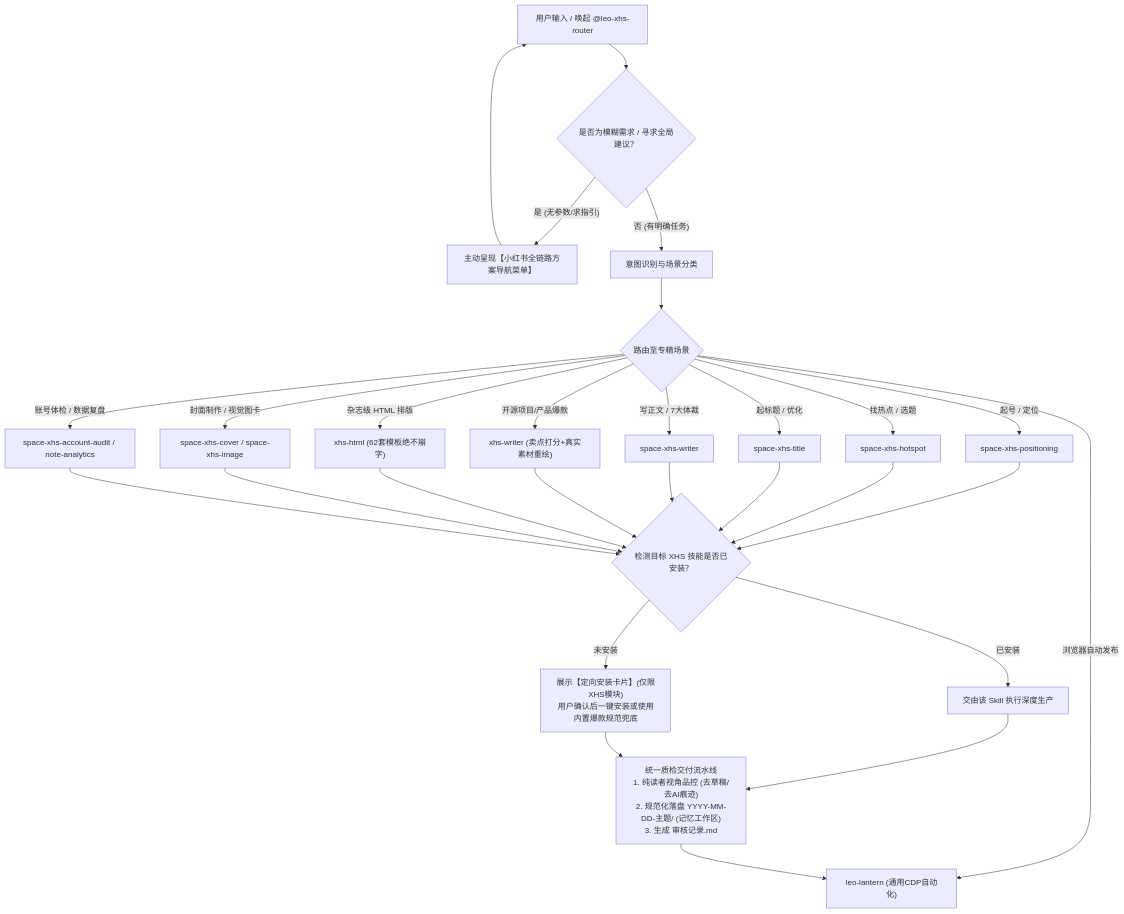
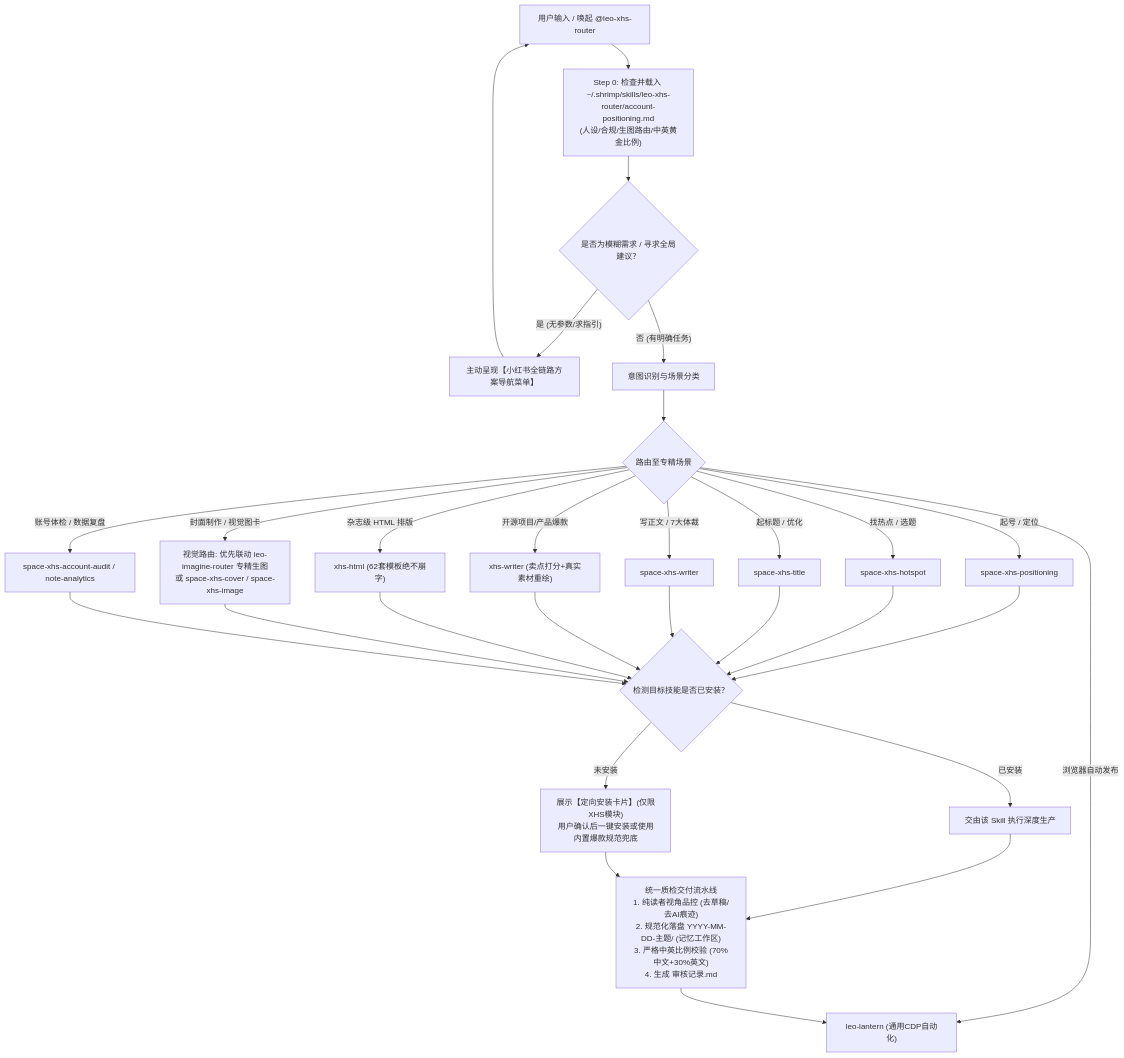
One commit to zlpawn/shrimp changed the diagram in lib/skills/leo-xhs-router/SKILL.md. Above: the diagram before and after it, drawn with Mermaid. The commit also changed other lines of this file, not shown here.

Commit message:
feat(leo-xhs-router): enforce Step 0 mandatory loading of account-positioning assets

````diff
--- a/lib/skills/leo-xhs-router/SKILL.md
+++ b/lib/skills/leo-xhs-router/SKILL.md
@@ -38,27 +49,28 @@
 ```mermaid
 flowchart TD
-    User["用户输入 / 唤起 @leo-xhs-router"] --> Detect{"是否为模糊需求 / 寻求全局建议？"}
+    User["用户输入 / 唤起 @leo-xhs-router"] --> Step0["Step 0: 检查并载入 ~/.shrimp/skills/leo-xhs-router/account-positioning.md<br>(人设/合规/生图路由/中英黄金比例)"]
+    Step0 --> Detect{"是否为模糊需求 / 寻求全局建议？"}
     
     Detect -- "是 (无参数/求指引)" --> Nav["主动呈现【小红书全链路方案导航菜单】"]
     Nav --> User
     
     Detect -- "否 (有明确任务)" --> Classify["意图识别与场景分类"]
     
     Classify --> Route{"路由至专精场景"}
     Route -- "起号 / 定位" --> S1["space-xhs-positioning"]
     Route -- "找热点 / 选题" --> S2["space-xhs-hotspot"]
     Route -- "起标题 / 优化" --> S3["space-xhs-title"]
     Route -- "写正文 / 7大体裁" --> S4["space-xhs-writer"]
     Route -- "开源项目/产品爆款" --> S5["xhs-writer (卖点打分+真实素材重绘)"]
     Route -- "杂志级 HTML 排版" --> S6["xhs-html (62套模板绝不崩字)"]
-    Route -- "封面制作 / 视觉图卡" --> S7["space-xhs-cover / space-xhs-image"]
+    Route -- "封面制作 / 视觉图卡" --> S7["视觉路由: 优先联动 leo-imagine-router 专精生图<br>或 space-xhs-cover / space-xhs-image"]
     Route -- "账号体检 / 数据复盘" --> S8["space-xhs-account-audit / note-analytics"]
     Route -- "浏览器自动发布" --> S9["leo-lantern (通用CDP自动化)"]
     
-    S1 & S2 & S3 & S4 & S5 & S6 & S7 & S8 --> Probe{"检测目标 XHS 技能是否已安装？"}
+    S1 & S2 & S3 & S4 & S5 & S6 & S7 & S8 --> Probe{"检测目标技能是否已安装？"}
     Probe -- "已安装" --> Exec["交由该 Skill 执行深度生产"]
     Probe -- "未安装" --> Guide["展示【定向安装卡片】(仅限XHS模块)<br>用户确认后一键安装或使用内置爆款规范兜底"]
     
-    Exec & Guide --> PostProcess["统一质检交付流水线<br>1. 纯读者视角品控 (去草稿/去AI痕迹)<br>2. 规范化落盘 YYYY-MM-DD-主题/ (记忆工作区)<br>3. 生成 审核记录.md"]
+    Exec & Guide --> PostProcess["统一质检交付流水线<br>1. 纯读者视角品控 (去草稿/去AI痕迹)<br>2. 规范化落盘 YYYY-MM-DD-主题/ (记忆工作区)<br>3. 严格中英比例校验 (70%中文+30%英文)<br>4. 生成 审核记录.md"]
     PostProcess --> S9
 ```
````
